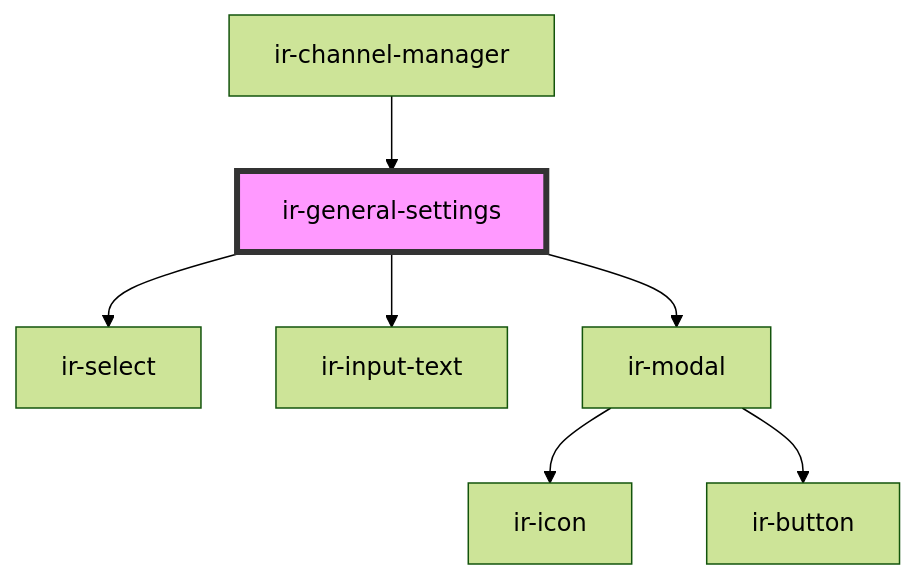
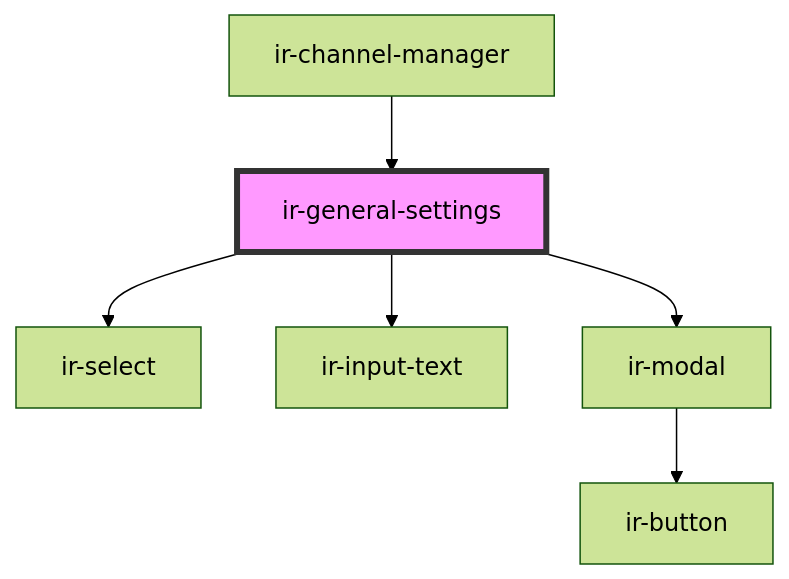
The diagram in src/components/old-ir-channel/ir-general-settings/readme.md (David1Chowaifaty/modified-ir-webcmp), drawn with Mermaid (forest theme) before and after one commit. The commit also changed 28 other files, not shown here.

````diff
--- a/src/components/old-ir-channel/ir-general-settings/readme.md
+++ b/src/components/old-ir-channel/ir-general-settings/readme.md
@@ -41,10 +41,9 @@
 ```mermaid
 graph TD;
   ir-general-settings --> ir-select
   ir-general-settings --> ir-input-text
   ir-general-settings --> ir-modal
-  ir-modal --> ir-icon
   ir-modal --> ir-button
   ir-channel-manager --> ir-general-settings
   style ir-general-settings fill:#f9f,stroke:#333,stroke-width:4px
 ```
````
